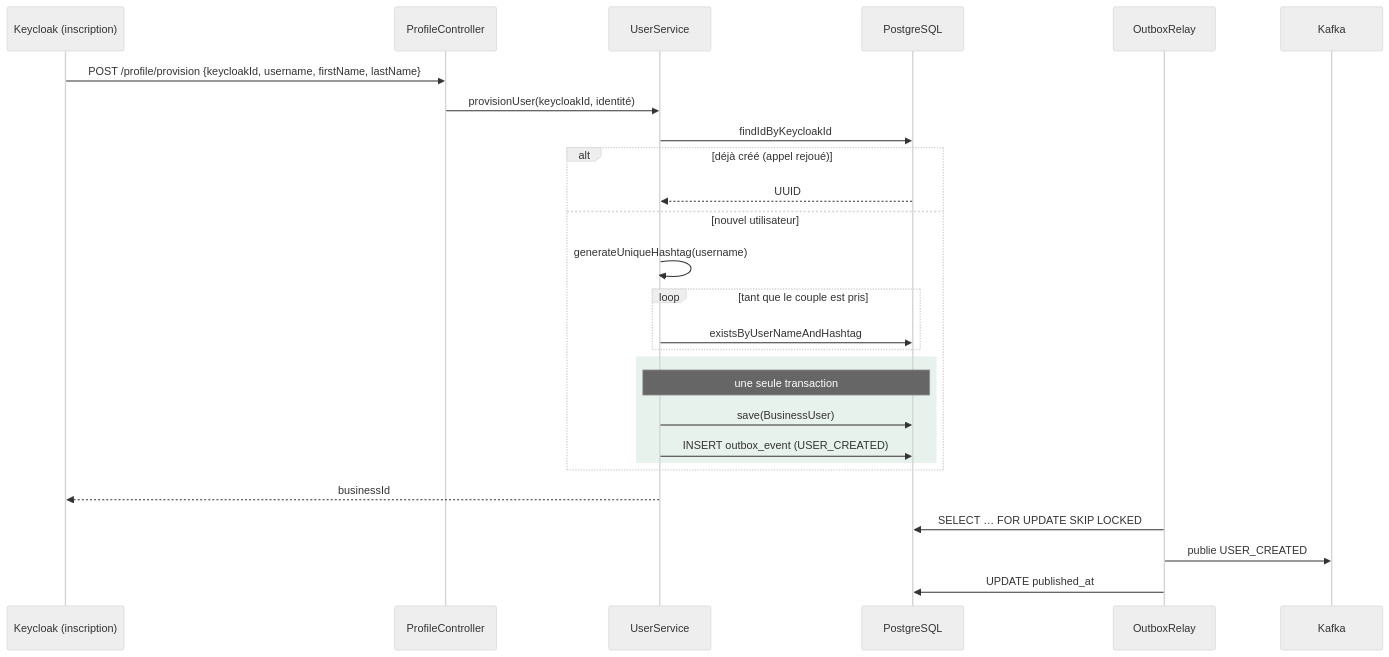
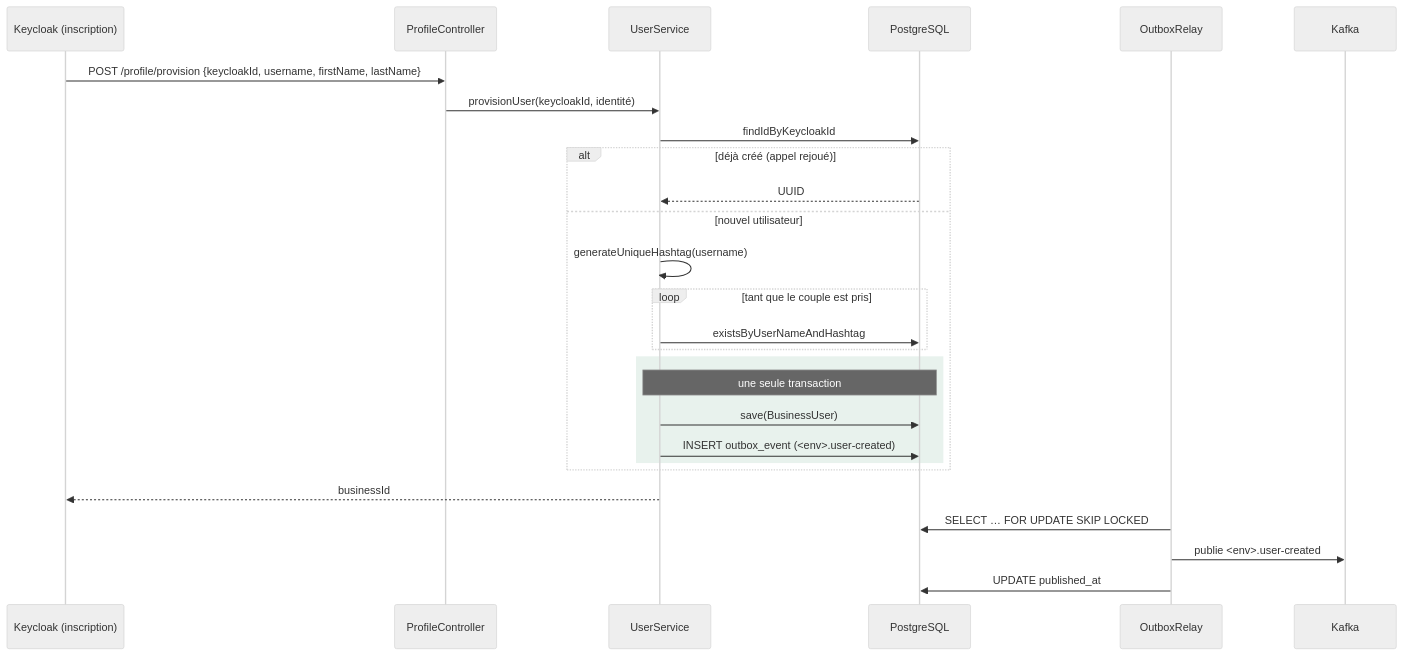
Before and after one commit to WelyLabs/wely-users: the diagram in README.md, drawn with Mermaid (neutral theme). The commit also changed other lines of this file, not shown here.

````diff
--- a/README.md
+++ b/README.md
@@ -89,31 +95,31 @@
 ```mermaid
 sequenceDiagram
     participant KC as Keycloak (inscription)
     participant C as ProfileController
     participant S as UserService
     participant DB as PostgreSQL
     participant R as OutboxRelay
     participant K as Kafka
 
     KC->>C: POST /profile/provision {keycloakId, username, firstName, lastName}
     C->>S: provisionUser(keycloakId, identité)
     S->>DB: findIdByKeycloakId
     alt déjà créé (appel rejoué)
         DB-->>S: UUID
     else nouvel utilisateur
         S->>S: generateUniqueHashtag(username)
         loop tant que le couple est pris
             S->>DB: existsByUserNameAndHashtag
         end
         rect rgb(232, 242, 237)
             note over S,DB: une seule transaction
             S->>DB: save(BusinessUser)
-            S->>DB: INSERT outbox_event (USER_CREATED)
+            S->>DB: INSERT outbox_event (<env>.user-created)
         end
     end
     S-->>KC: businessId
 
     R->>DB: SELECT … FOR UPDATE SKIP LOCKED
-    R->>K: publie USER_CREATED
+    R->>K: publie <env>.user-created
     R->>DB: UPDATE published_at
 ```
````
